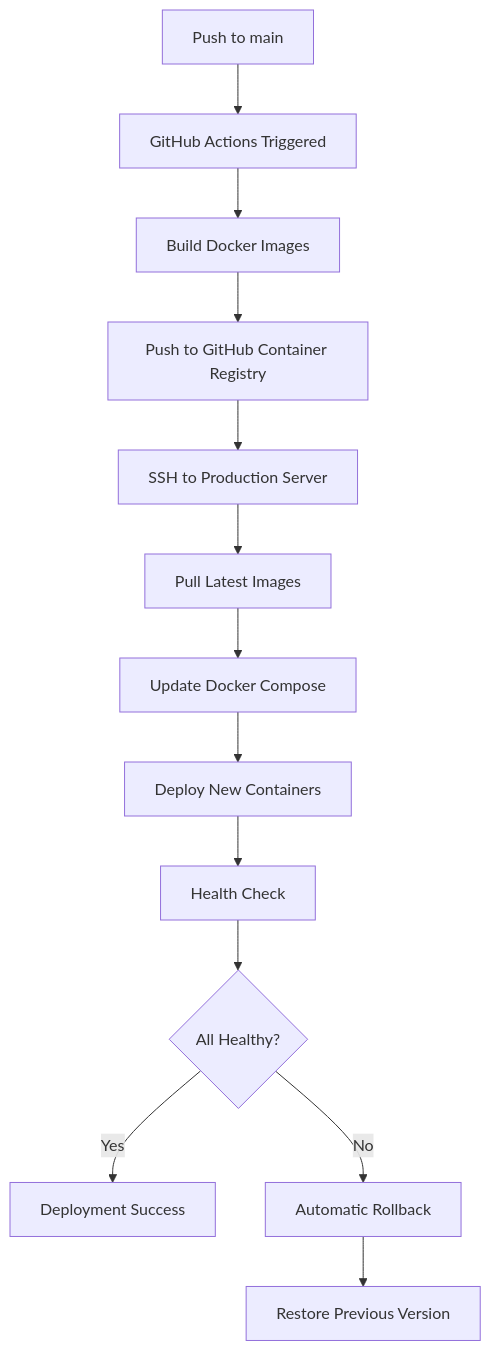
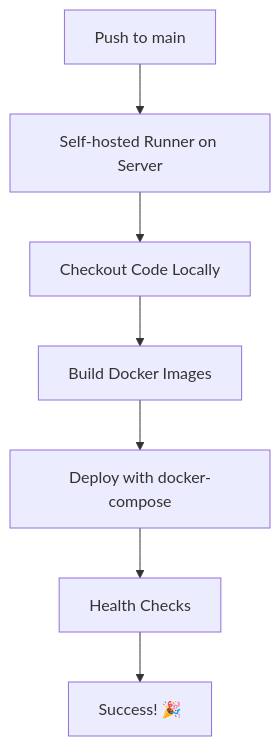
The diagram in devops/README.md (IU-Capstone-Project-2025/Outfit_predict), drawn with Mermaid before and after one commit. The commit also changed other lines of this file and 9 other files, not shown here.

````diff
--- a/devops/README.md
+++ b/devops/README.md
@@ -50,15 +47,9 @@
 ```mermaid
 graph TD
-    A[Push to main] --> B[GitHub Actions Triggered]
-    B --> C[Build Docker Images]
-    C --> D[Push to GitHub Container Registry]
-    D --> E[SSH to Production Server]
-    E --> F[Pull Latest Images]
-    F --> G[Update Docker Compose]
-    G --> H[Deploy New Containers]
-    H --> I[Health Check]
-    I --> J{All Healthy?}
-    J -->|Yes| K[Deployment Success]
-    J -->|No| L[Automatic Rollback]
-    L --> M[Restore Previous Version]
+    A[Push to main] --> B[Self-hosted Runner on Server]
+    B --> C[Checkout Code Locally]
+    C --> D[Build Docker Images]
+    D --> E[Deploy with docker-compose]
+    E --> F[Health Checks]
+    F --> G[Success! 🎉]
 ```
````
